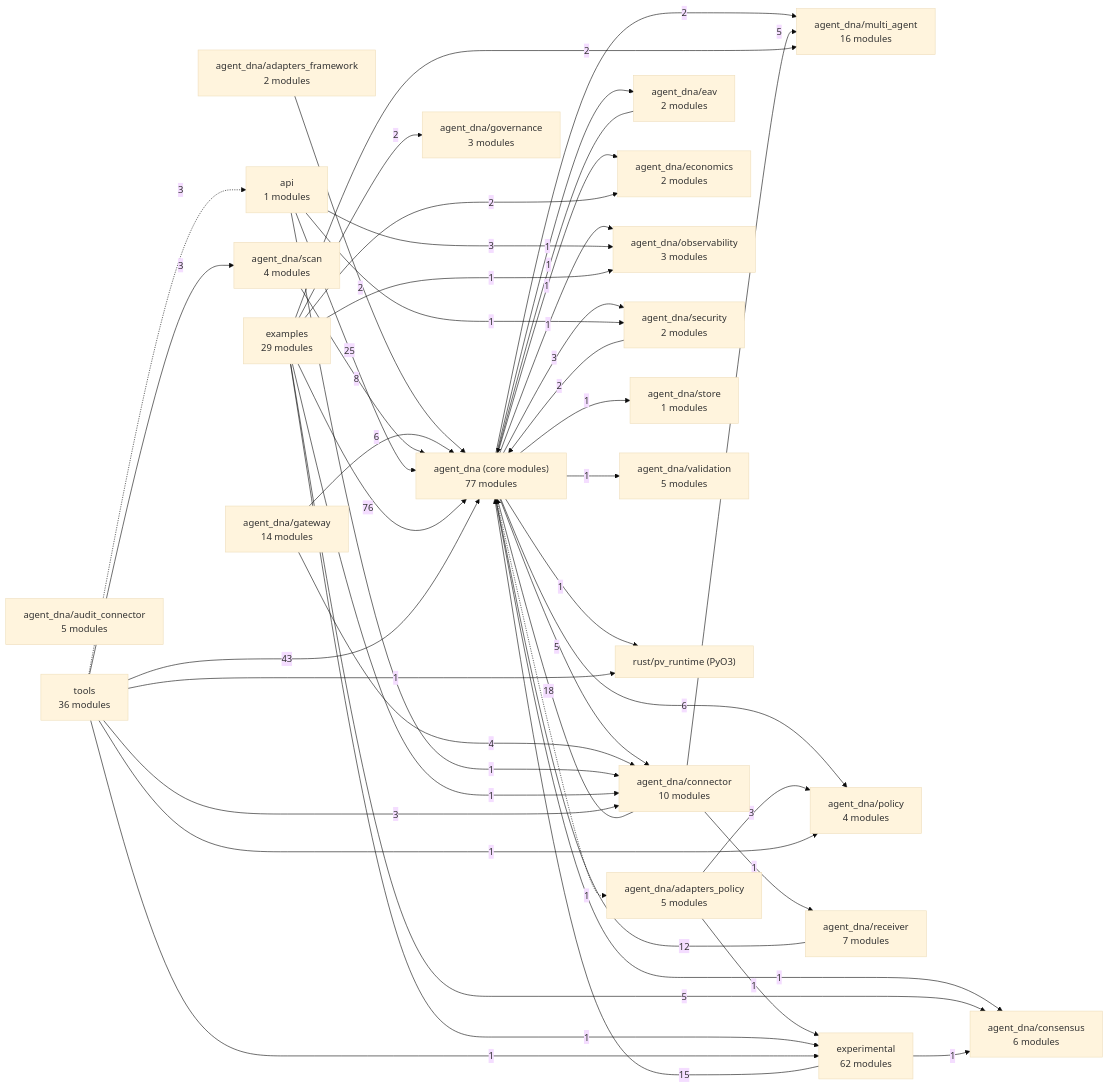
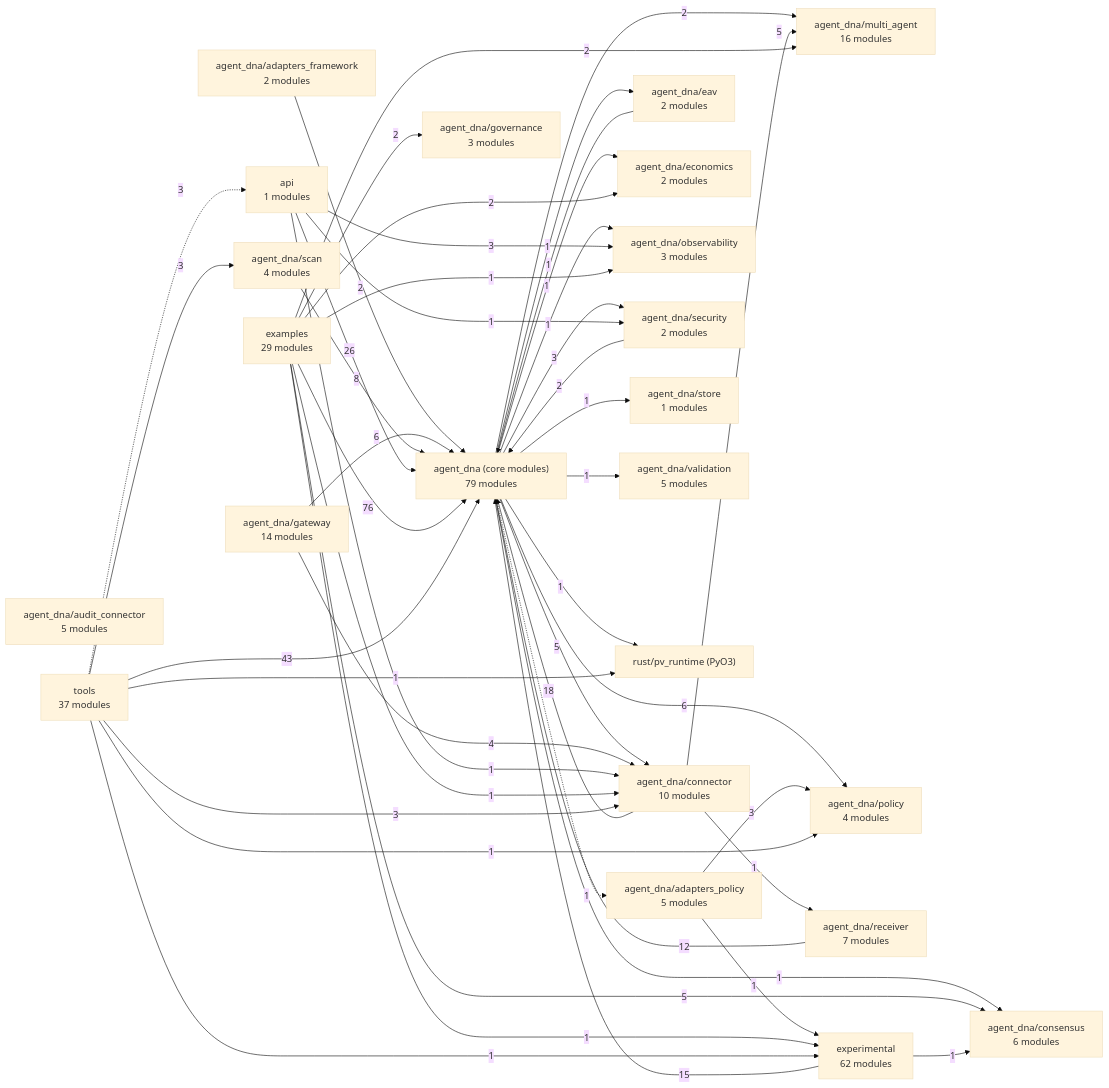
One commit to LOLA0786/privatevault-agent-dna changed the diagram in docs/architecture/MAP.md. Above: the diagram before and after it, drawn with Mermaid (base theme). The commit also changed other lines of this file and 26 other files, not shown here.

````diff
--- a/docs/architecture/MAP.md
+++ b/docs/architecture/MAP.md
@@ -7,71 +7,71 @@
 ```mermaid
 flowchart LR
-  n0["agent_dna (core modules)<br/>77 modules"]
+  n0["agent_dna (core modules)<br/>79 modules"]
   n1["agent_dna/adapters_framework<br/>2 modules"]
   n2["agent_dna/adapters_policy<br/>5 modules"]
   n3["agent_dna/audit_connector<br/>5 modules"]
   n4["agent_dna/connector<br/>10 modules"]
   n5["agent_dna/consensus<br/>6 modules"]
   n6["agent_dna/eav<br/>2 modules"]
   n7["agent_dna/economics<br/>2 modules"]
   n8["agent_dna/gateway<br/>14 modules"]
   n9["agent_dna/governance<br/>3 modules"]
   n10["agent_dna/multi_agent<br/>16 modules"]
   n11["agent_dna/observability<br/>3 modules"]
   n12["agent_dna/policy<br/>4 modules"]
   n13["agent_dna/receiver<br/>7 modules"]
   n14["agent_dna/scan<br/>4 modules"]
   n15["agent_dna/security<br/>2 modules"]
   n16["agent_dna/store<br/>1 modules"]
   n17["agent_dna/validation<br/>5 modules"]
   n18["api<br/>1 modules"]
   n19["examples<br/>29 modules"]
   n20["experimental<br/>62 modules"]
   n21["rust/pv_runtime (PyO3)"]
-  n22["tools<br/>36 modules"]
+  n22["tools<br/>37 modules"]
   n0 -.->|1| n2
   n0 -->|5| n4
   n0 -->|1| n5
   n0 -->|1| n6
   n0 -->|1| n7
   n0 -->|2| n10
   n0 -->|1| n11
   n0 -->|6| n12
   n0 -->|3| n15
   n0 -->|1| n16
   n0 -->|1| n17
   n0 -->|1| n21
   n1 -->|2| n0
   n2 -->|3| n12
   n2 -->|1| n20
   n4 -->|18| n0
   n4 -->|5| n10
   n4 -->|1| n13
   n6 -->|1| n0
   n8 -->|6| n0
   n8 -->|4| n4
   n13 -->|12| n0
   n14 -->|8| n0
   n15 -->|2| n0
-  n18 -->|25| n0
+  n18 -->|26| n0
   n18 -->|1| n4
   n18 -->|3| n11
   n18 -->|1| n15
   n19 -->|76| n0
   n19 -->|1| n4
   n19 -->|5| n5
   n19 -->|2| n7
   n19 -->|2| n9
   n19 -->|2| n10
   n19 -->|1| n11
   n19 -->|1| n20
   n20 -->|15| n0
   n20 -->|1| n5
   n22 -->|43| n0
   n22 -->|3| n4
   n22 -->|1| n12
   n22 -->|3| n14
   n22 -.->|3| n18
   n22 -->|1| n20
   n22 -->|1| n21
 ```
````
